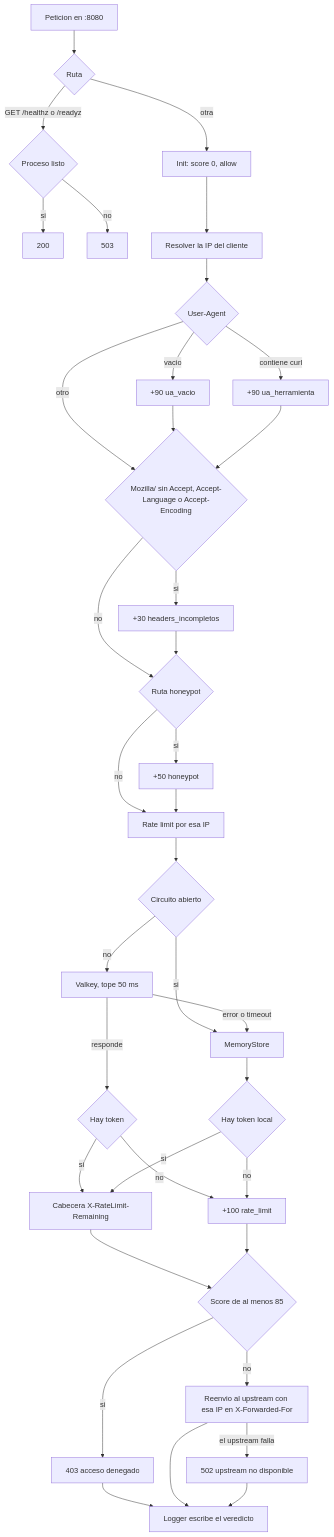
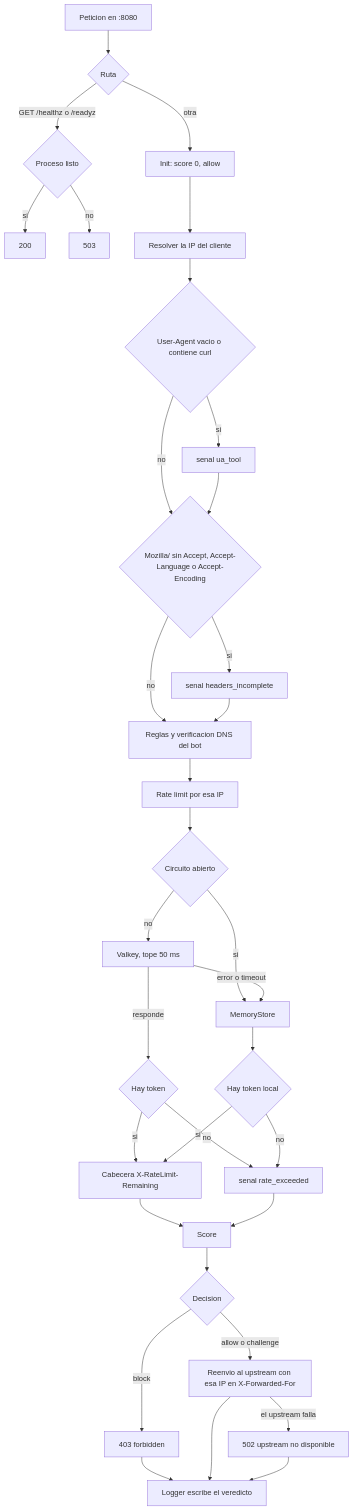
Before and after one commit to fharias/guardian-scrapy: the sixth of 7 diagrams in README.md, drawn with Mermaid. The commit also changed other lines of this file, not shown here.

````diff
--- a/README.md
+++ b/README.md
@@ -103,44 +157,39 @@
 ```mermaid
 flowchart TD
   inicio[Peticion en :8080] --> ruta{Ruta}
   ruta -->|GET /healthz o /readyz| listo{Proceso listo}
   listo -->|si| r200[200]
   listo -->|no| r503[503]
 
   ruta -->|otra| init["Init: score 0, allow"]
   init --> ipres[Resolver la IP del cliente]
-  ipres --> ua{User-Agent}
-  ua -->|vacio| p90a["+90 ua_vacio"]
-  ua -->|contiene curl| p90b["+90 ua_herramienta"]
-  ua -->|otro| fp
-  p90a --> fp
-  p90b --> fp
-
-  fp{"Mozilla/ sin Accept, Accept-Language o Accept-Encoding"} -->|si| p30["+30 headers_incompletos"]
-  fp -->|no| honey
-  p30 --> honey
-
-  honey{Ruta honeypot} -->|si| p50["+50 honeypot"]
-  honey -->|no| limite
-  p50 --> limite[Rate limit por esa IP]
+  ipres --> ua{User-Agent vacio o contiene curl}
+  ua -->|si| tool[senal ua_tool]
+  ua -->|no| fp
+  tool --> fp{Mozilla/ sin Accept, Accept-Language o Accept-Encoding}
+  fp -->|si| incompletas[senal headers_incomplete]
+  fp -->|no| rules
+  incompletas --> rules[Reglas y verificacion DNS del bot]
+  rules --> limite[Rate limit por esa IP]
 
   limite --> circuito{Circuito abierto}
   circuito -->|si| local[MemoryStore]
   circuito -->|no| valkey["Valkey, tope 50 ms"]
   valkey -->|responde| cupo{Hay token}
   valkey -->|error o timeout| local
   cupo -->|si| restante[Cabecera X-RateLimit-Remaining]
-  cupo -->|no| p100["+100 rate_limit"]
+  cupo -->|no| p100[senal rate_exceeded]
   local --> cupoLocal{Hay token local}
   cupoLocal -->|si| restante
   cupoLocal -->|no| p100
 
-  restante --> umbral
-  p100 --> umbral{Score de al menos 85}
-  umbral -->|si| r403["403 acceso denegado"]
-  umbral -->|no| origen["Reenvio al upstream con esa IP en X-Forwarded-For"]
+  restante --> score[Score]
+  p100 --> score
+  score --> decision{Decision}
+  decision -->|block| r403["403 forbidden"]
+  decision -->|allow o challenge| origen["Reenvio al upstream con esa IP en X-Forwarded-For"]
   origen -->|el upstream falla| r502["502 upstream no disponible"]
   r403 --> registro[Logger escribe el veredicto]
   origen --> registro
   r502 --> registro
 ```
````
